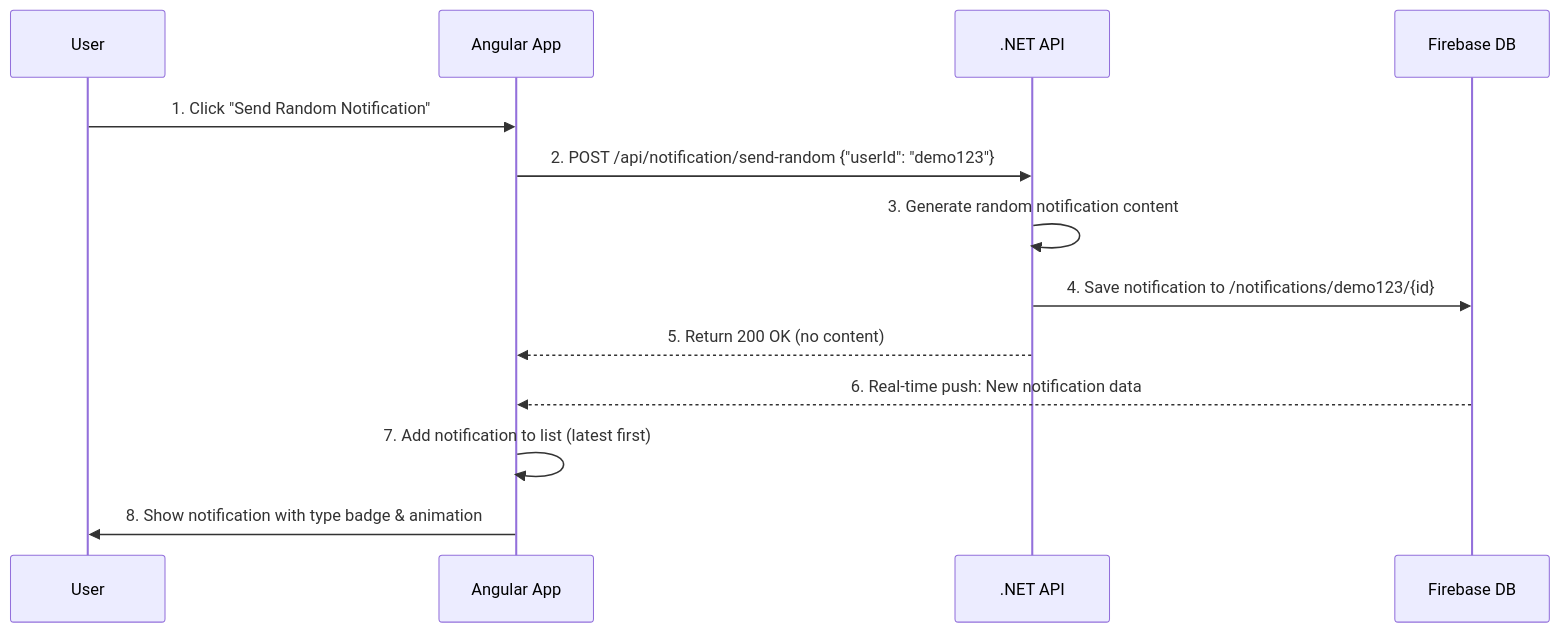
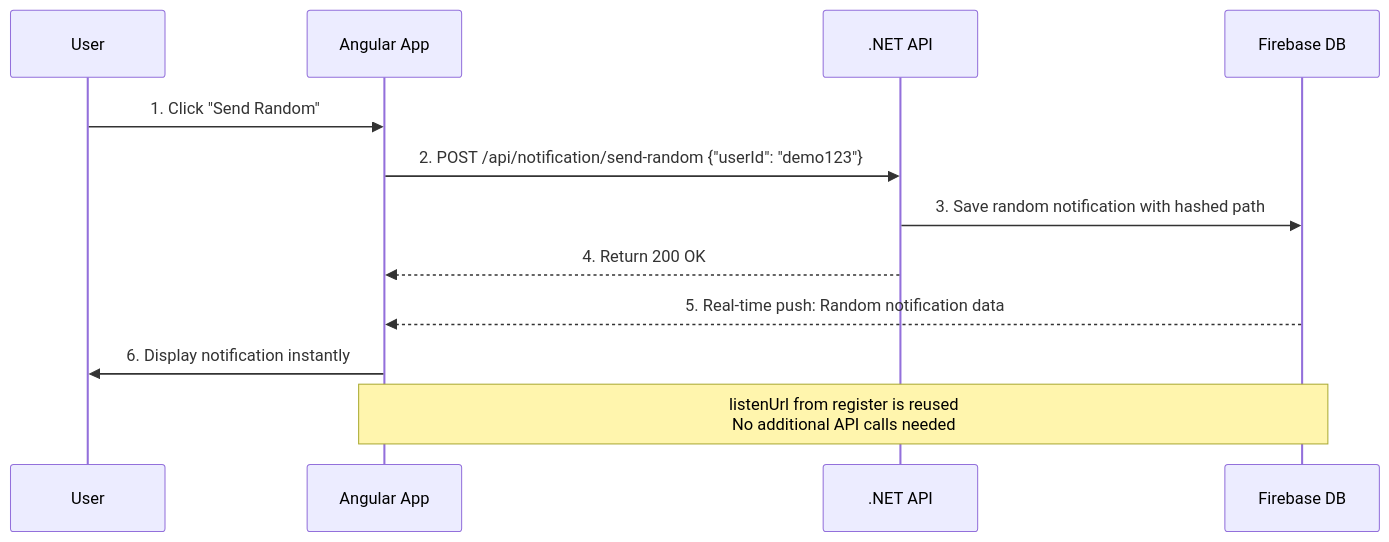
Before and after one commit to danghieuthang/notification-with-firebase-realtime-database: the second of 3 diagrams in README.md, drawn with Mermaid. The commit also changed other lines of this file and 9 other files, not shown here.

Commit message:
Refactor Firebase integration: streamline configuration management, implement notification factory, and enhance user registration flow with optimized response models and error handling.

````diff
--- a/README.md
+++ b/README.md
@@ -95,16 +123,16 @@
 ```mermaid
 sequenceDiagram
     participant U as User
     participant A as Angular App
     participant API as .NET API
     participant F as Firebase DB
     
-    U->>A: 1. Click "Send Random Notification"
+    U->>A: 1. Click "Send Random"
     A->>API: 2. POST /api/notification/send-random {"userId": "demo123"}
-    API->>API: 3. Generate random notification content
-    API->>F: 4. Save notification to /notifications/demo123/{id}
-    API-->>A: 5. Return 200 OK (no content)
-    F-->>A: 6. Real-time push: New notification data
-    A->>A: 7. Add notification to list (latest first)
-    A->>U: 8. Show notification with type badge & animation
+    API->>F: 3. Save random notification with hashed path
+    API-->>A: 4. Return 200 OK
+    F-->>A: 5. Real-time push: Random notification data
+    A->>U: 6. Display notification instantly
+    
+    Note over A,F: listenUrl from register is reused<br/>No additional API calls needed
 ```
````
